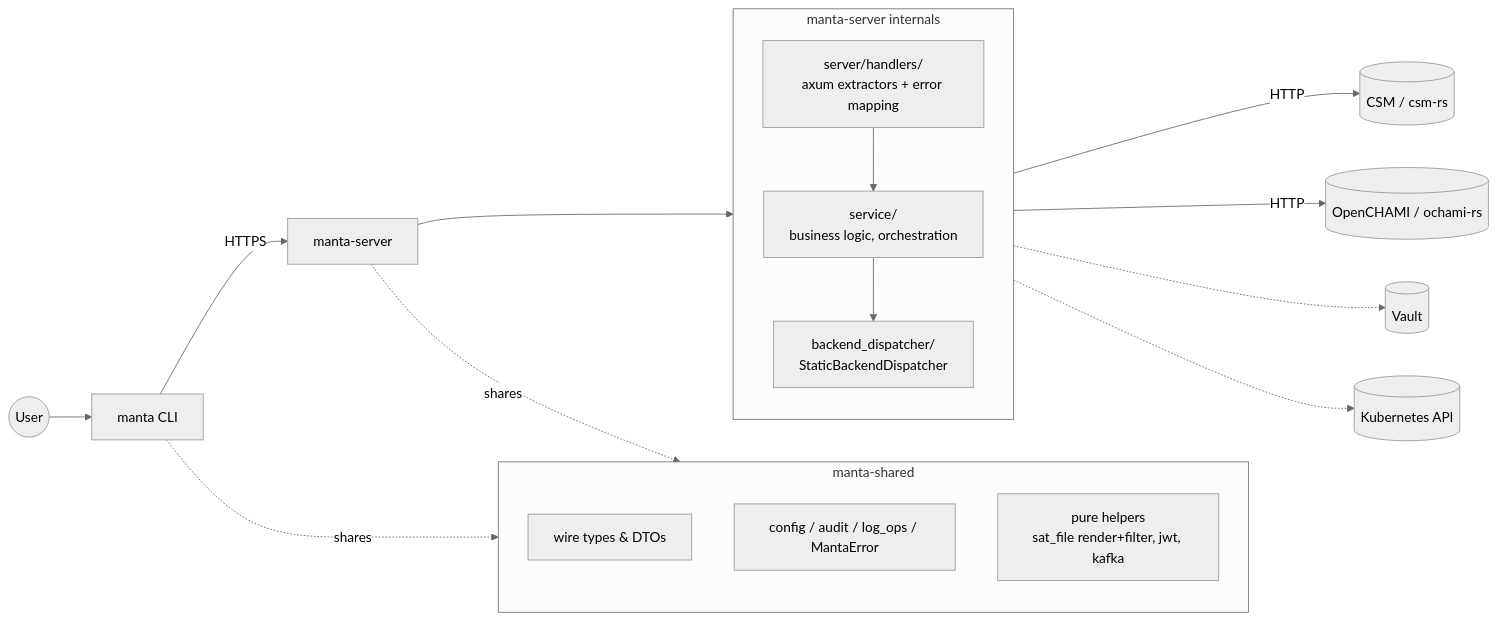
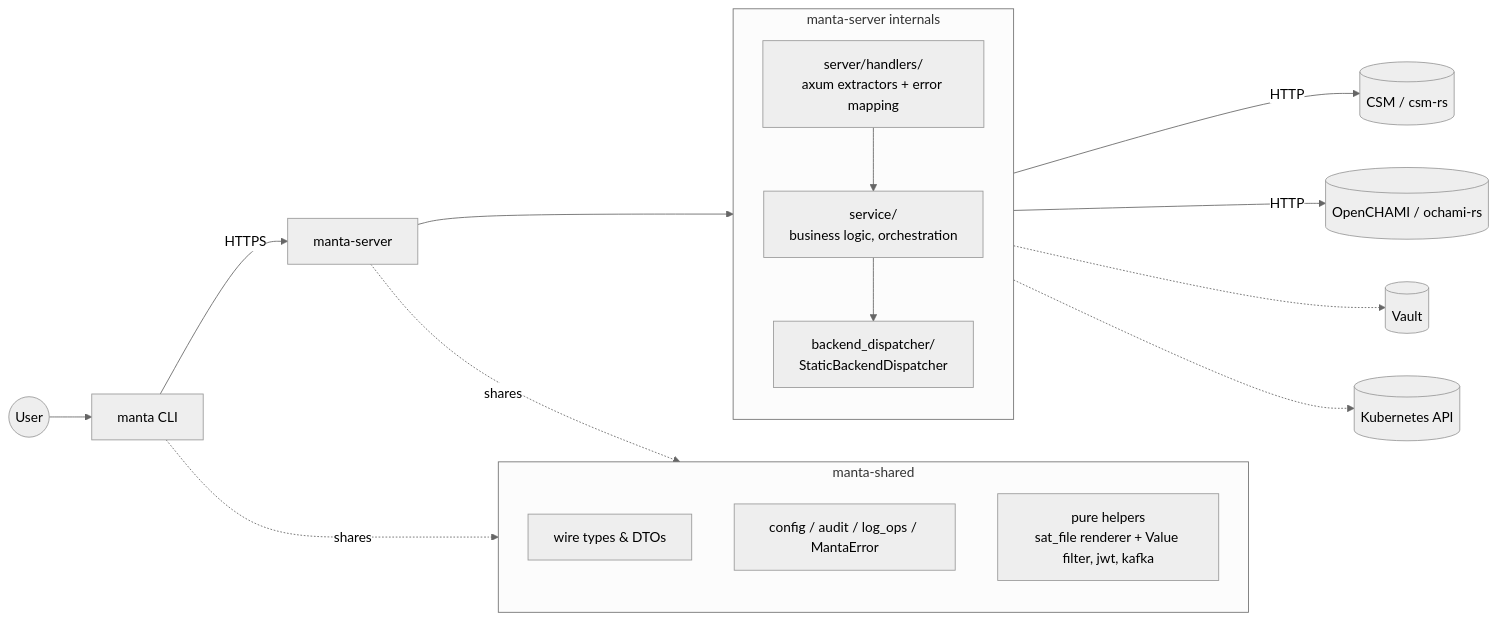
One commit to eth-cscs/manta changed the diagram in ARCHITECTURE.md. Above: the diagram before and after it, drawn with Mermaid (neutral theme). The commit also changed other lines of this file and 13 other files, not shown here.

First line of the commit message:
refactor(sat-file): pipe parsed Value through trait; delete manta-shared SatFile

````diff
--- a/ARCHITECTURE.md
+++ b/ARCHITECTURE.md
@@ -37,28 +37,28 @@
 ```mermaid
 flowchart LR
   User((User)) --> CLI[manta CLI]
   CLI -->|HTTPS| Server[manta-server]
   CLI -. shares .-> Shared
   Server -. shares .-> Shared
 
   subgraph Shared[manta-shared]
     direction TB
     Wire[wire types & DTOs]
     Common[config / audit / log_ops / MantaError]
-    Helpers[pure helpers<br/>sat_file render+filter, jwt, kafka]
+    Helpers[pure helpers<br/>sat_file renderer + Value filter, jwt, kafka]
   end
 
   subgraph ServerInternals[manta-server internals]
     direction TB
     Handlers[server/handlers/<br/>axum extractors + error mapping]
     Service[service/<br/>business logic, orchestration]
     Dispatcher[backend_dispatcher/<br/>StaticBackendDispatcher]
     Handlers --> Service --> Dispatcher
   end
 
   Server --> ServerInternals
   Dispatcher -->|HTTP| CSM[(CSM / csm-rs)]
   Dispatcher -->|HTTP| OCHAMI[(OpenCHAMI / ochami-rs)]
   Service -.-> Vault[(Vault)]
   Service -.-> K8s[(Kubernetes API)]
 ```
````
